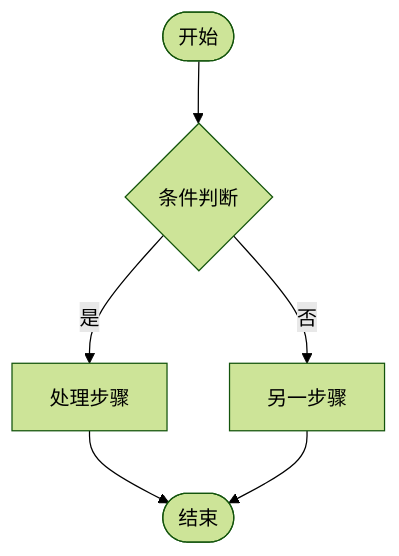
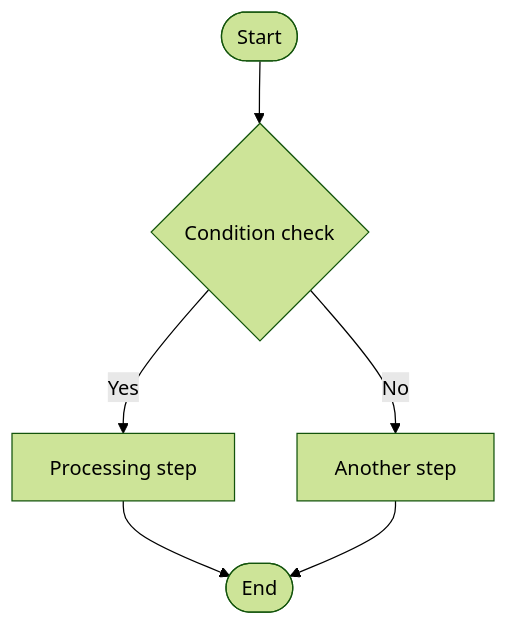
One commit to Ezio2000/lark-skill changed the fifth of 6 diagrams in references/whiteboard/scenes/mermaid.md. Above: the diagram before and after it, drawn with Mermaid (forest theme). The commit also changed other lines of this file and 441 other files, not shown here.

````diff
--- a/references/whiteboard/scenes/mermaid.md
+++ b/references/whiteboard/scenes/mermaid.md
@@ -83,8 +90,8 @@
 ```mermaid
 flowchart TD
-    A([开始]) --> B{条件判断}
-    B -->|是| C[处理步骤]
-    B -->|否| D[另一步骤]
-    C --> E([结束])
+    A([Start]) --> B{Condition check}
+    B -->|Yes| C[Processing step]
+    B -->|No| D[Another step]
+    C --> E([End])
     D --> E
 ```
````
